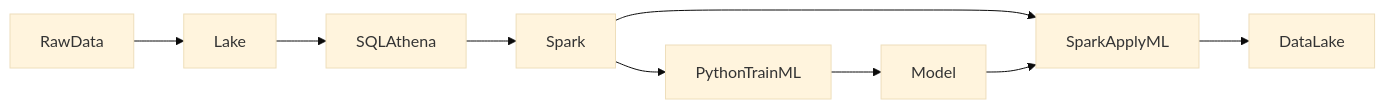
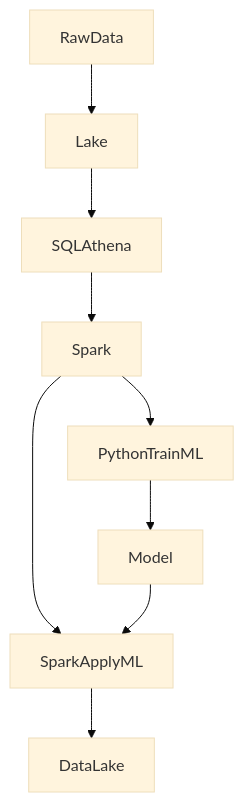
The diagram in week_5_batch_processing/README.md (dtlam2601/Data-engineering-zoomcamp), drawn with Mermaid (base theme) before and after one commit.

````diff
--- a/week_5_batch_processing/README.md
+++ b/week_5_batch_processing/README.md
@@ -47,8 +47,8 @@
   ```mermaid
-  flowchart LR
+  flowchart TD
     RawData --> Lake --> SQLAthena --> Spark --> PythonTrainML
     Spark --> SparkApplyML
     PythonTrainML --> Model
     Model --> SparkApplyML
     SparkApplyML --> DataLake
   ```
````
